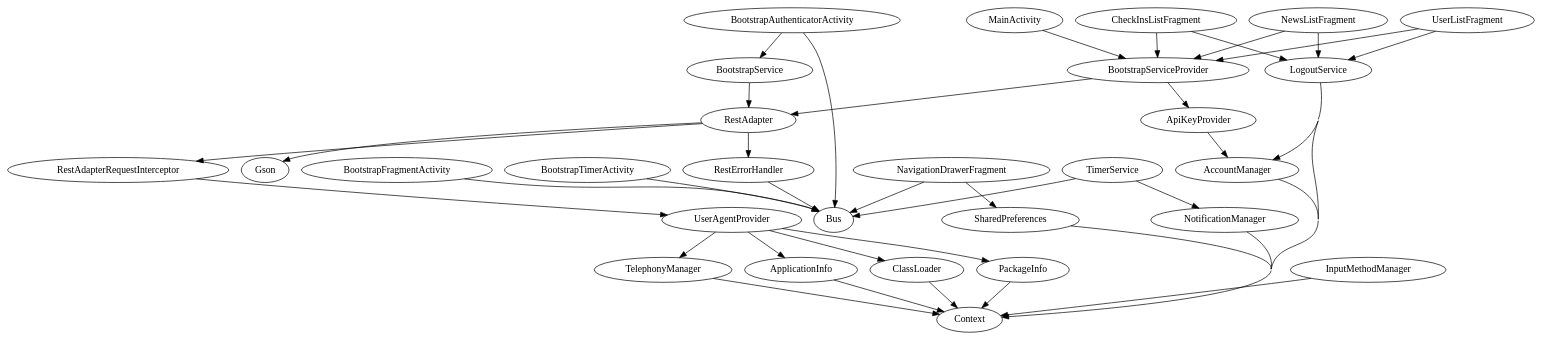
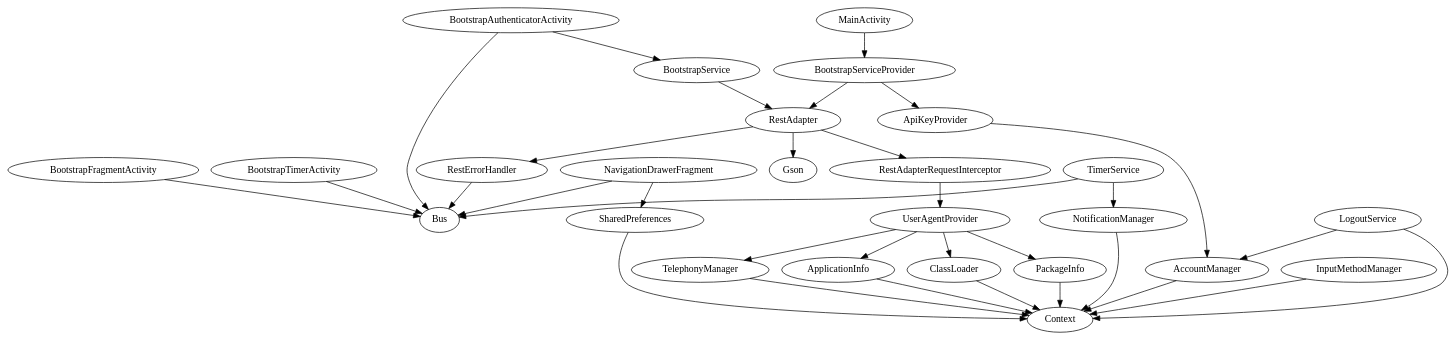
Before and after one commit to qbig/dashboard: the diagram in app/build/intermediates/classes/debug/sg/com/bigspoon/www/BGDashboard/RootModule.dot, drawn with Graphviz. The commit also changed 33 other files, not shown here.

```diff
--- a/app/build/intermediates/classes/debug/sg/com/bigspoon/www/BGDashboard/RootModule.dot
+++ b/app/build/intermediates/classes/debug/sg/com/bigspoon/www/BGDashboard/RootModule.dot
@@ -1,41 +1,35 @@
 digraph G1 {
   concentrate = true;
   AccountManager -> Context;
   ApiKeyProvider -> AccountManager;
   ApplicationInfo -> Context;
   BootstrapAuthenticatorActivity -> Bus;
   BootstrapAuthenticatorActivity -> BootstrapService;
   BootstrapFragmentActivity -> Bus;
   BootstrapService -> RestAdapter;
+  BootstrapServiceProvider -> RestAdapter;
   BootstrapServiceProvider -> ApiKeyProvider;
-  BootstrapServiceProvider -> RestAdapter;
   BootstrapTimerActivity -> Bus;
-  CheckInsListFragment -> BootstrapServiceProvider;
-  CheckInsListFragment -> LogoutService;
   ClassLoader -> Context;
   InputMethodManager -> Context;
+  LogoutService -> AccountManager;
   LogoutService -> Context;
-  LogoutService -> AccountManager;
   MainActivity -> BootstrapServiceProvider;
   NavigationDrawerFragment -> SharedPreferences;
   NavigationDrawerFragment -> Bus;
-  NewsListFragment -> BootstrapServiceProvider;
-  NewsListFragment -> LogoutService;
   NotificationManager -> Context;
   PackageInfo -> Context;
   RestAdapter -> RestErrorHandler;
   RestAdapter -> Gson;
   RestAdapter -> RestAdapterRequestInterceptor;
   RestAdapterRequestInterceptor -> UserAgentProvider;
   RestErrorHandler -> Bus;
   SharedPreferences -> Context;
   TelephonyManager -> Context;
+  TimerService -> Bus;
   TimerService -> NotificationManager;
-  TimerService -> Bus;
+  UserAgentProvider -> ApplicationInfo;
+  UserAgentProvider -> TelephonyManager;
+  UserAgentProvider -> ClassLoader;
   UserAgentProvider -> PackageInfo;
-  UserAgentProvider -> ClassLoader;
-  UserAgentProvider -> TelephonyManager;
-  UserAgentProvider -> ApplicationInfo;
-  UserListFragment -> BootstrapServiceProvider;
-  UserListFragment -> LogoutService;
 }
```
